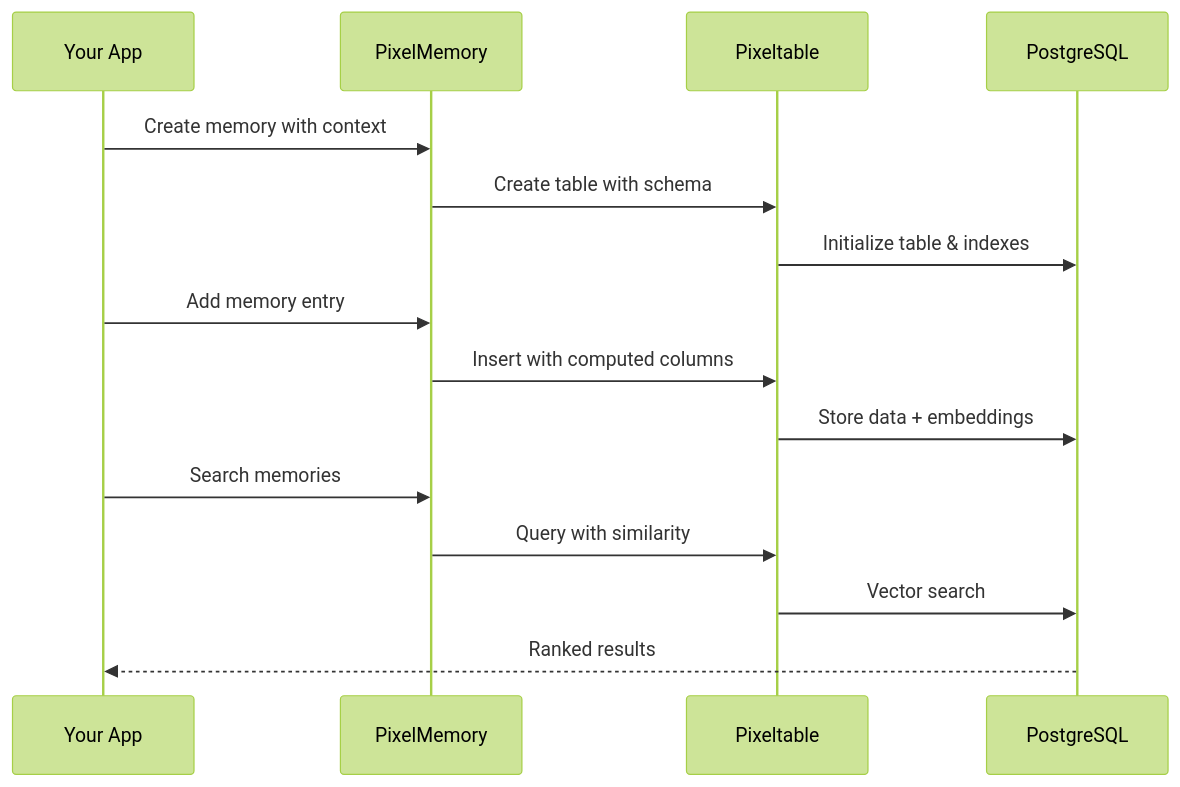
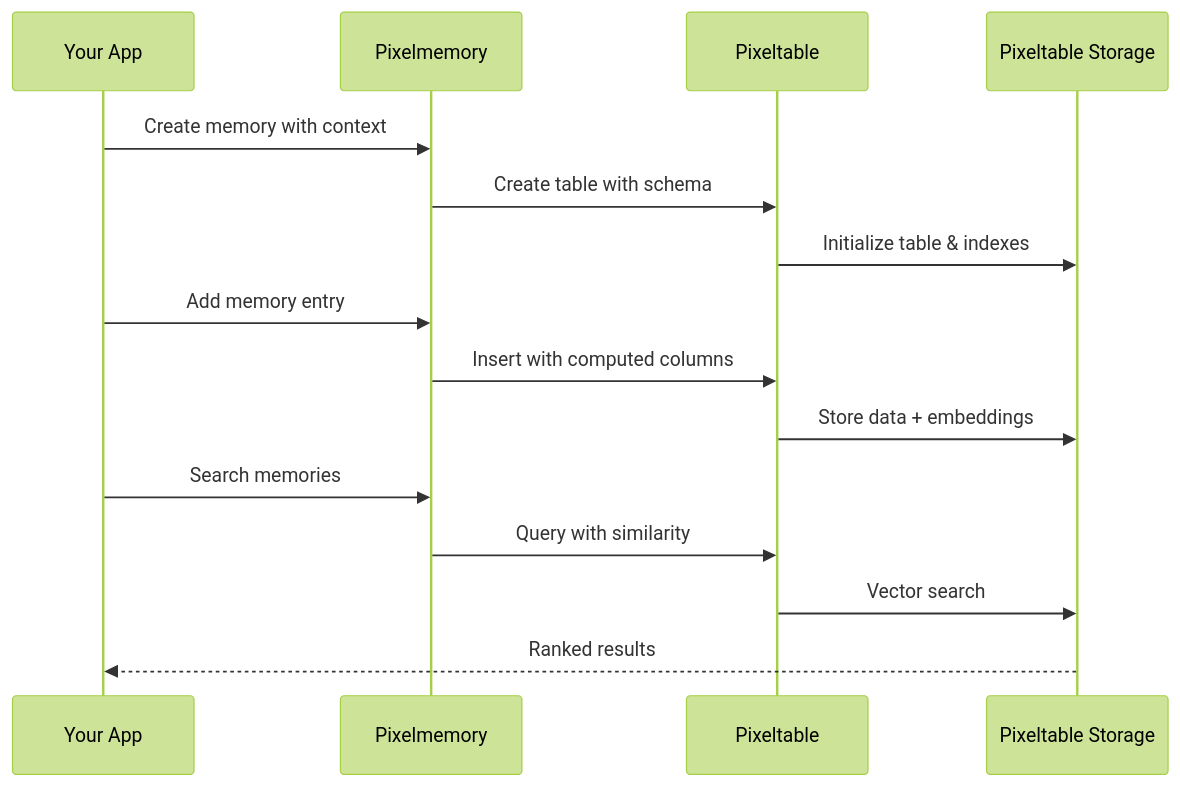
One commit to pixeltable/pixelmemory changed the second of 3 diagrams in README.md. Above: the diagram before and after it, drawn with Mermaid (forest theme). The commit also changed other lines of this file and 7 other files, not shown here.

````diff
--- a/README.md
+++ b/README.md
@@ -78,20 +78,20 @@
 ```mermaid
 sequenceDiagram
     participant App as Your App
-    participant PM as PixelMemory
+    participant PM as Pixelmemory
     participant PT as Pixeltable
-    participant DB as PostgreSQL
+    participant DB as Pixeltable Storage
     
     App->>PM: Create memory with context
     PM->>PT: Create table with schema
     PT->>DB: Initialize table & indexes
     
     App->>PM: Add memory entry
     PM->>PT: Insert with computed columns
     PT->>DB: Store data + embeddings
     
     App->>PM: Search memories
     PM->>PT: Query with similarity
     PT->>DB: Vector search
     DB-->>App: Ranked results
 ```
````
